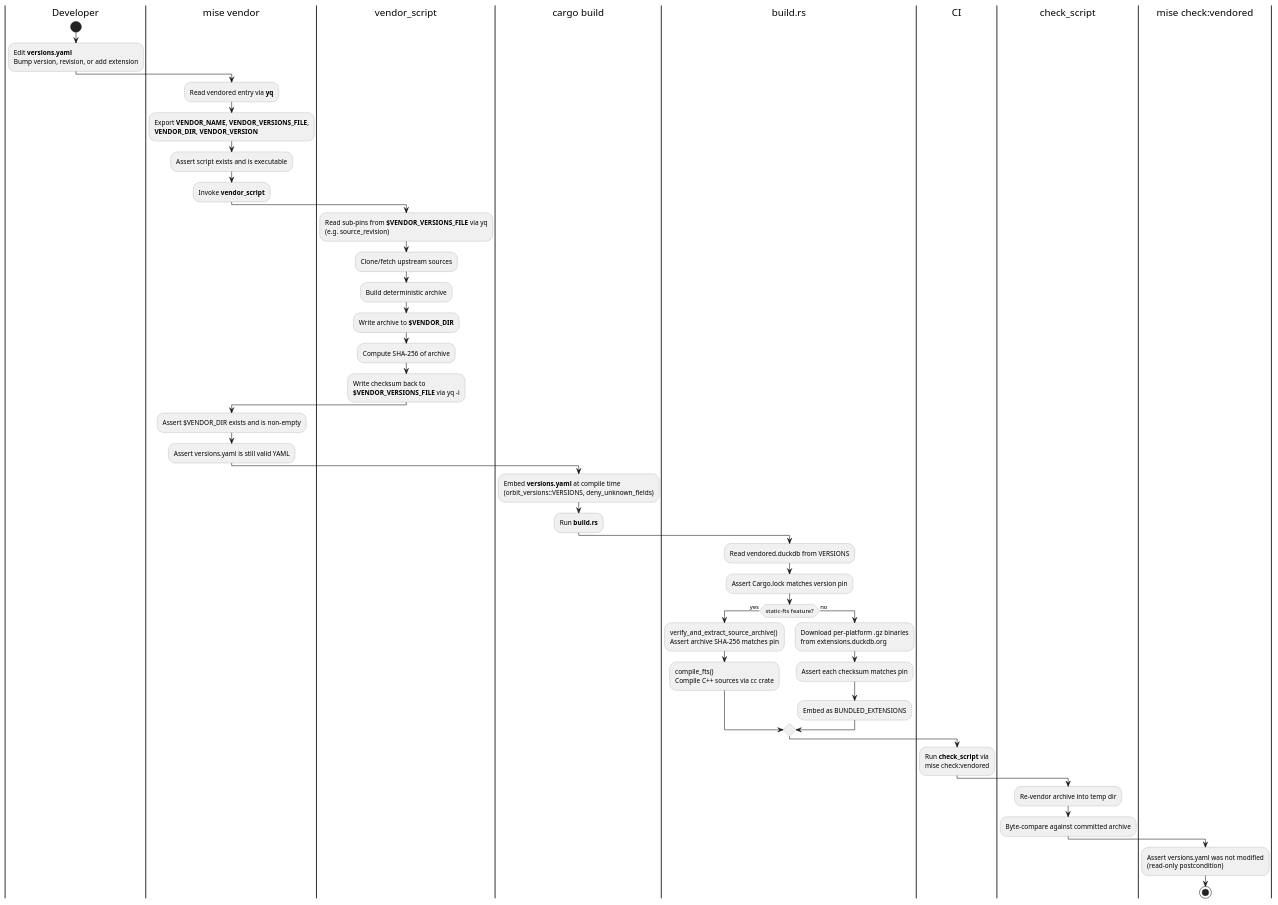
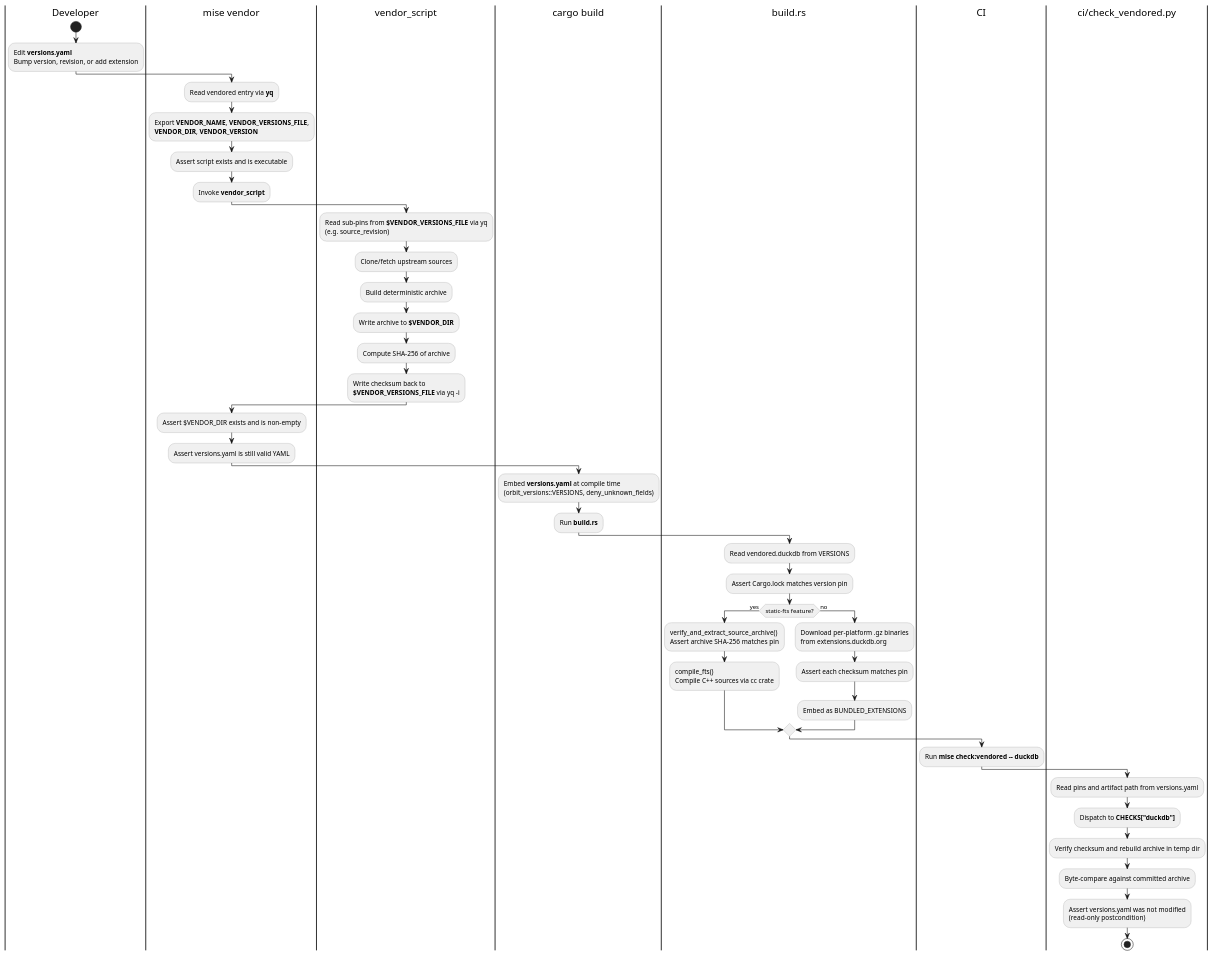
One commit to gitlabhq/orbit-knowledge-graph changed the diagram in docs/dev/runbooks/vendored_dependencies.md. Above: the diagram before and after it, drawn with PlantUML. The commit also changed other lines of this file and 40 other files, not shown here.

````diff
--- a/docs/dev/runbooks/vendored_dependencies.md
+++ b/docs/dev/runbooks/vendored_dependencies.md
@@ -10,57 +12,57 @@
 ```plantuml
 @startuml
 skinparam backgroundColor white
 skinparam activityBackgroundColor #F0F0F0
 skinparam activityBorderColor #999999
 
 |Developer|
 start
 :Edit **versions.yaml**\nBump version, revision, or add extension;
 
 |mise vendor|
 :Read vendored entry via **yq**;
 :Export **VENDOR_NAME**, **VENDOR_VERSIONS_FILE**,\n**VENDOR_DIR**, **VENDOR_VERSION**;
 :Assert script exists and is executable;
 :Invoke **vendor_script**;
 
 |vendor_script|
 :Read sub-pins from **$VENDOR_VERSIONS_FILE** via yq\n(e.g. source_revision);
 :Clone/fetch upstream sources;
 :Build deterministic archive;
 :Write archive to **$VENDOR_DIR**;
 :Compute SHA-256 of archive;
 :Write checksum back to\n**$VENDOR_VERSIONS_FILE** via yq -i;
 
 |mise vendor|
 :Assert $VENDOR_DIR exists and is non-empty;
 :Assert versions.yaml is still valid YAML;
 
 |cargo build|
 :Embed **versions.yaml** at compile time\n(orbit_versions::VERSIONS, deny_unknown_fields);
 :Run **build.rs**;
 
 |build.rs|
 :Read vendored.duckdb from VERSIONS;
 :Assert Cargo.lock matches version pin;
 
 if (static-fts feature?) then (yes)
   :verify_and_extract_source_archive()\nAssert archive SHA-256 matches pin;
   :compile_fts()\nCompile C++ sources via cc crate;
 else (no)
   :Download per-platform .gz binaries\nfrom extensions.duckdb.org;
   :Assert each checksum matches pin;
   :Embed as BUNDLED_EXTENSIONS;
 endif
 
 |CI|
-:Run **check_script** via\nmise check:vendored;
+:Run **mise check:vendored -- duckdb**;
 
-|check_script|
-:Re-vendor archive into temp dir;
+|ci/check_vendored.py|
+:Read pins and artifact path from versions.yaml;
+:Dispatch to **CHECKS["duckdb"]**;
+:Verify checksum and rebuild archive in temp dir;
 :Byte-compare against committed archive;
-
-|mise check:vendored|
 :Assert versions.yaml was not modified\n(read-only postcondition);
 stop
 @enduml
 ```
````
